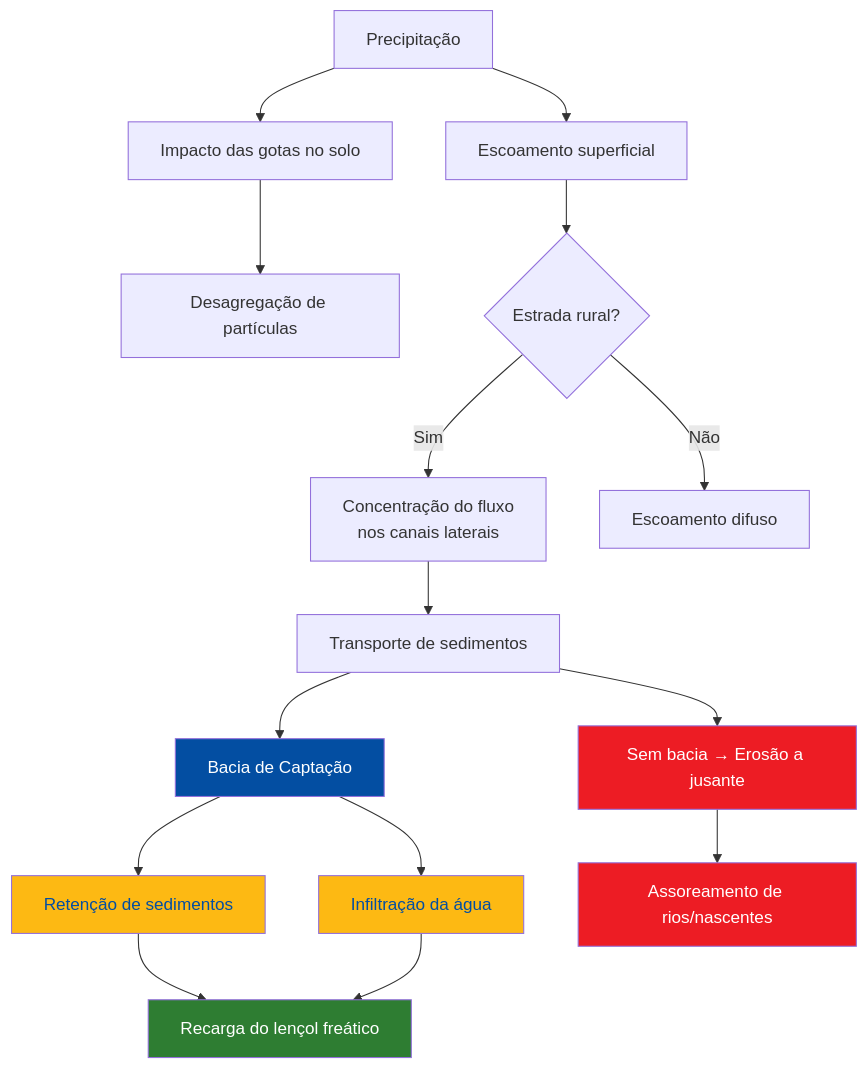
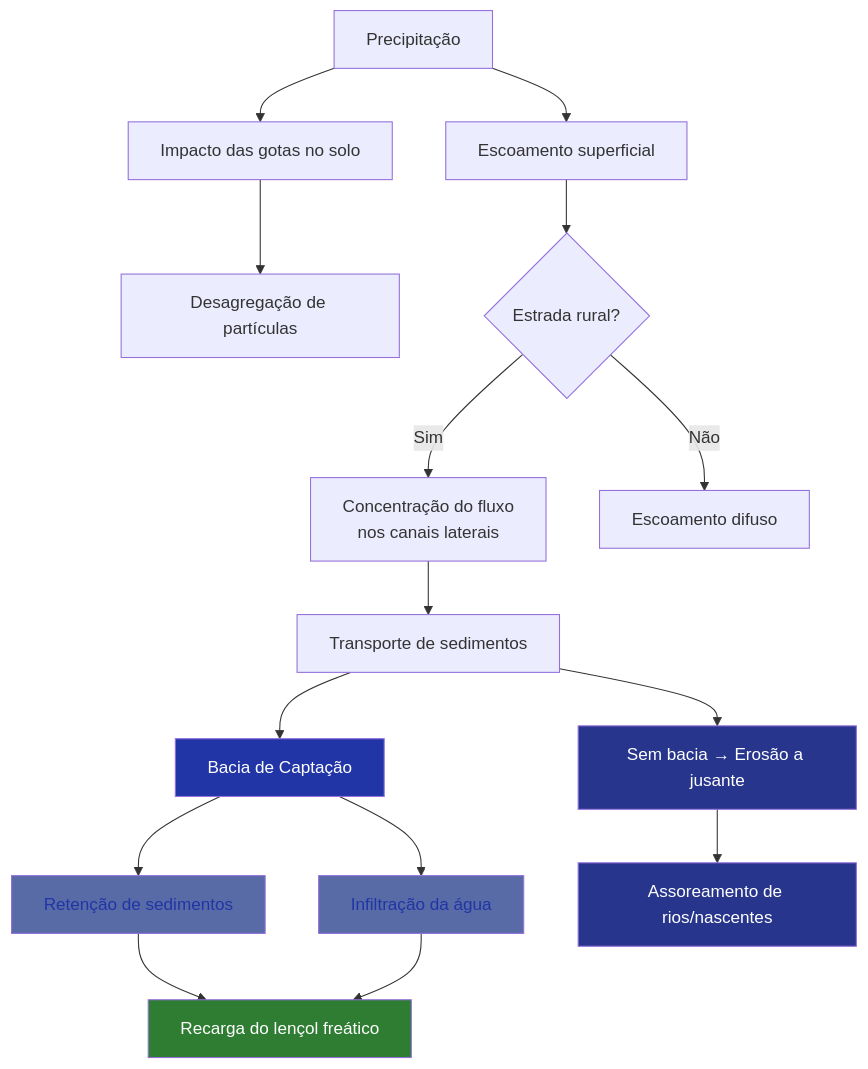
The second of 4 diagrams in aulas/bioengenharia_de_solos/aulas/bacias_captacao/bacias_captacao.qmd (ldvsantos/cv), drawn with Mermaid before and after one commit. The commit also changed other lines of this file and 466 other files, not shown here.

````diff
--- a/aulas/bioengenharia_de_solos/aulas/bacias_captacao/bacias_captacao.qmd
+++ b/aulas/bioengenharia_de_solos/aulas/bacias_captacao/bacias_captacao.qmd
@@ -252,25 +250,25 @@
 ```{mermaid}
 %%| fig-width: 5.5
 flowchart TD
     A[Precipitação] --> B[Impacto das gotas no solo]
     B --> C[Desagregação de partículas]
     A --> D[Escoamento superficial]
     D --> E{Estrada rural?}
     E -->|Sim| F[Concentração do fluxo<br>nos canais laterais]
     E -->|Não| G[Escoamento difuso]
     F --> H[Transporte de sedimentos]
     H --> I[Bacia de Captação]
     I --> J[Retenção de sedimentos]
     I --> K[Infiltração da água]
     J --> L[Recarga do lençol freático]
     K --> L
     H --> M[Sem bacia → Erosão a jusante]
     M --> N[Assoreamento de rios/nascentes]
     
-    style I fill:#034EA2,color:#fff
-    style J fill:#FDB913,color:#034EA2
-    style K fill:#FDB913,color:#034EA2
+    style I fill:#2135A6,color:#fff
+    style J fill:#586BA6,color:#2135A6
+    style K fill:#586BA6,color:#2135A6
     style L fill:#2E7D32,color:#fff
-    style M fill:#ED1C24,color:#fff
-    style N fill:#ED1C24,color:#fff
+    style M fill:#27368C,color:#fff
+    style N fill:#27368C,color:#fff
 ```
````
